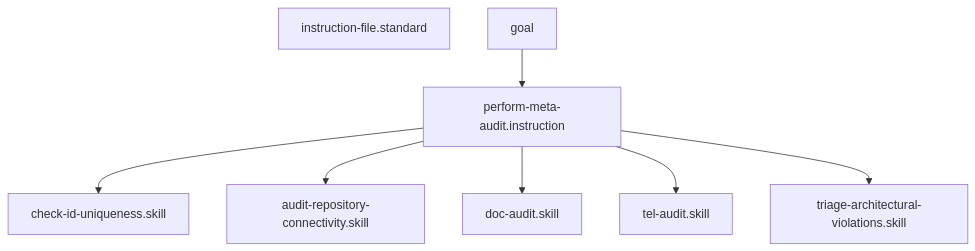
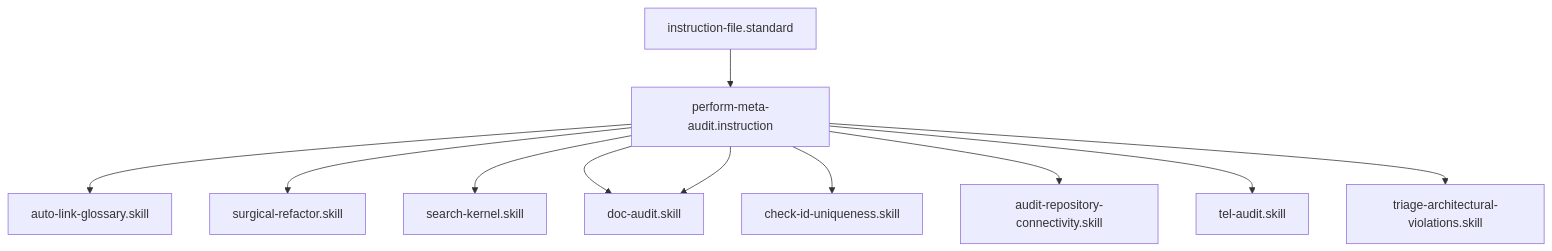
The diagram in instructions/perform-meta-audit.instruction.md (Gizmo4Life/ai-kernel), drawn with Mermaid before and after one commit. The commit also changed other lines of this file and 89 other files, not shown here.

````diff
--- a/instructions/perform-meta-audit.instruction.md
+++ b/instructions/perform-meta-audit.instruction.md
@@ -22,10 +22,13 @@
 ```mermaid
 graph TD
-    instruction-file.standard
-goal --> perform-meta-audit.instruction
+    instruction-file.standard --> perform-meta-audit.instruction
+    perform-meta-audit.instruction --> auto-link-glossary[auto-link-glossary.skill]
+    perform-meta-audit.instruction --> surgical-refactor[surgical-refactor.skill]
+    perform-meta-audit.instruction --> search-kernel[search-kernel.skill]
+    perform-meta-audit.instruction --> doc-audit[doc-audit.skill]
     perform-meta-audit.instruction --> check-id-uniqueness[check-id-uniqueness.skill]
     perform-meta-audit.instruction --> audit-repository-connectivity[audit-repository-connectivity.skill]
     perform-meta-audit.instruction --> doc-audit[doc-audit.skill]
     perform-meta-audit.instruction --> tel-audit[tel-audit.skill]
     perform-meta-audit.instruction --> triage-architectural-violations[triage-architectural-violations.skill]
 ```
````
